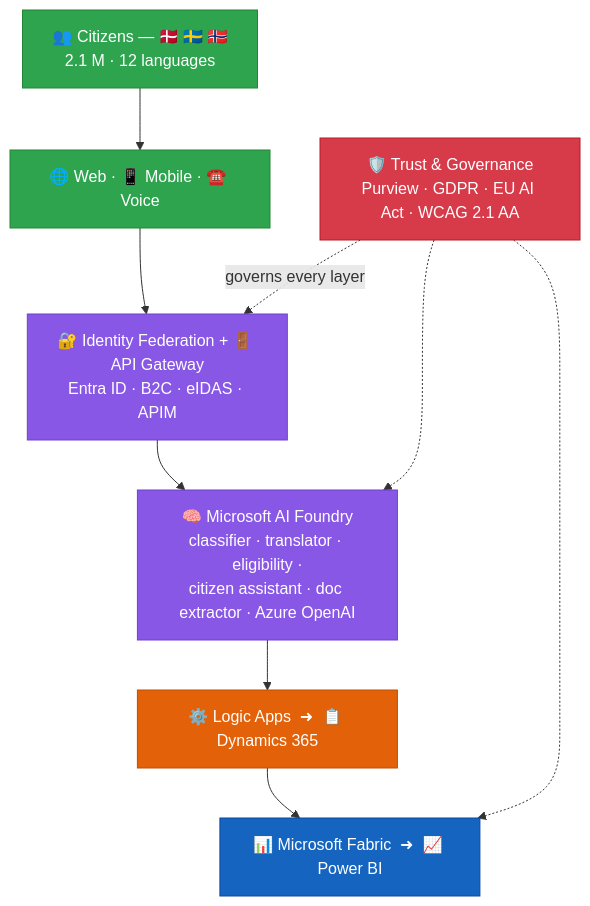
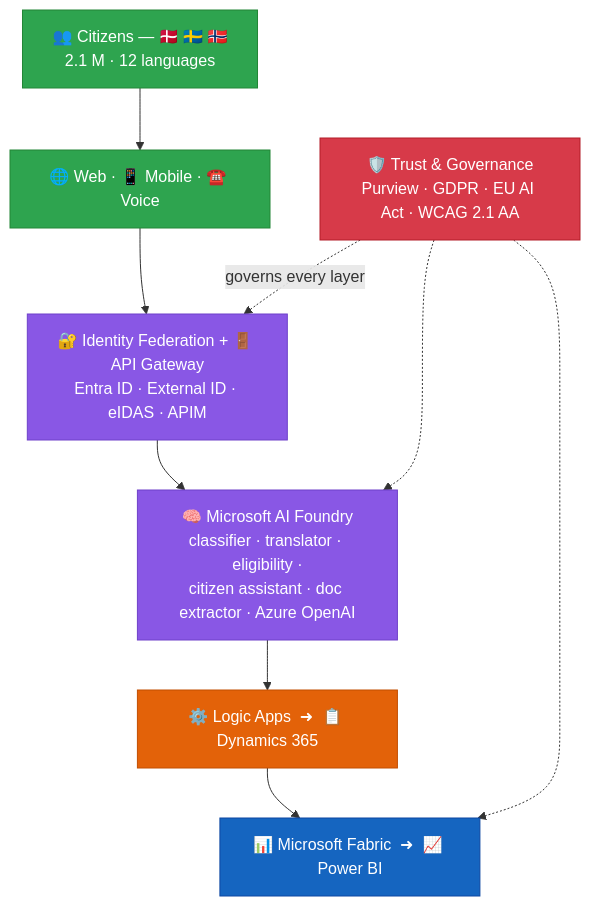
The second of 2 diagrams in README.md (fredgis/UDCSP), drawn with Mermaid before and after one commit. The commit also changed other lines of this file and 54 other files, not shown here.

````diff
--- a/README.md
+++ b/README.md
@@ -60,23 +60,23 @@
 ```mermaid
 graph TB
     Citizens["👥 Citizens — 🇩🇰 🇸🇪 🇳🇴<br/>2.1 M · 12 languages"]
     Channels["🌐 Web · 📱 Mobile · ☎️ Voice"]
-    Edge["🔐 Identity Federation + 🚪 API Gateway<br/>Entra ID · B2C · eIDAS · APIM"]
+    Edge["🔐 Identity Federation + 🚪 API Gateway<br/>Entra ID · External ID · eIDAS · APIM"]
     Foundry["🧠 Microsoft AI Foundry<br/>classifier · translator · eligibility ·<br/>citizen assistant · doc extractor · Azure OpenAI"]
     Process["⚙️ Logic Apps  ➜  📋 Dynamics 365"]
     Data["📊 Microsoft Fabric  ➜  📈 Power BI"]
     Governance["🛡️ Trust &amp; Governance<br/>Purview · GDPR · EU AI Act · WCAG 2.1 AA"]
 
     Citizens --> Channels --> Edge --> Foundry --> Process --> Data
     Governance -. governs every layer .-> Edge
     Governance -.-> Foundry
     Governance -.-> Data
 
     style Citizens fill:#2ea44f,stroke:#238636,color:#fff
     style Channels fill:#2ea44f,stroke:#238636,color:#fff
     style Edge fill:#8957e5,stroke:#6e40c9,color:#fff
     style Foundry fill:#8957e5,stroke:#6e40c9,color:#fff
     style Process fill:#e36209,stroke:#c24e00,color:#fff
     style Data fill:#1565c0,stroke:#0d47a1,color:#fff
     style Governance fill:#d73a49,stroke:#b31d28,color:#fff
 ```
````
